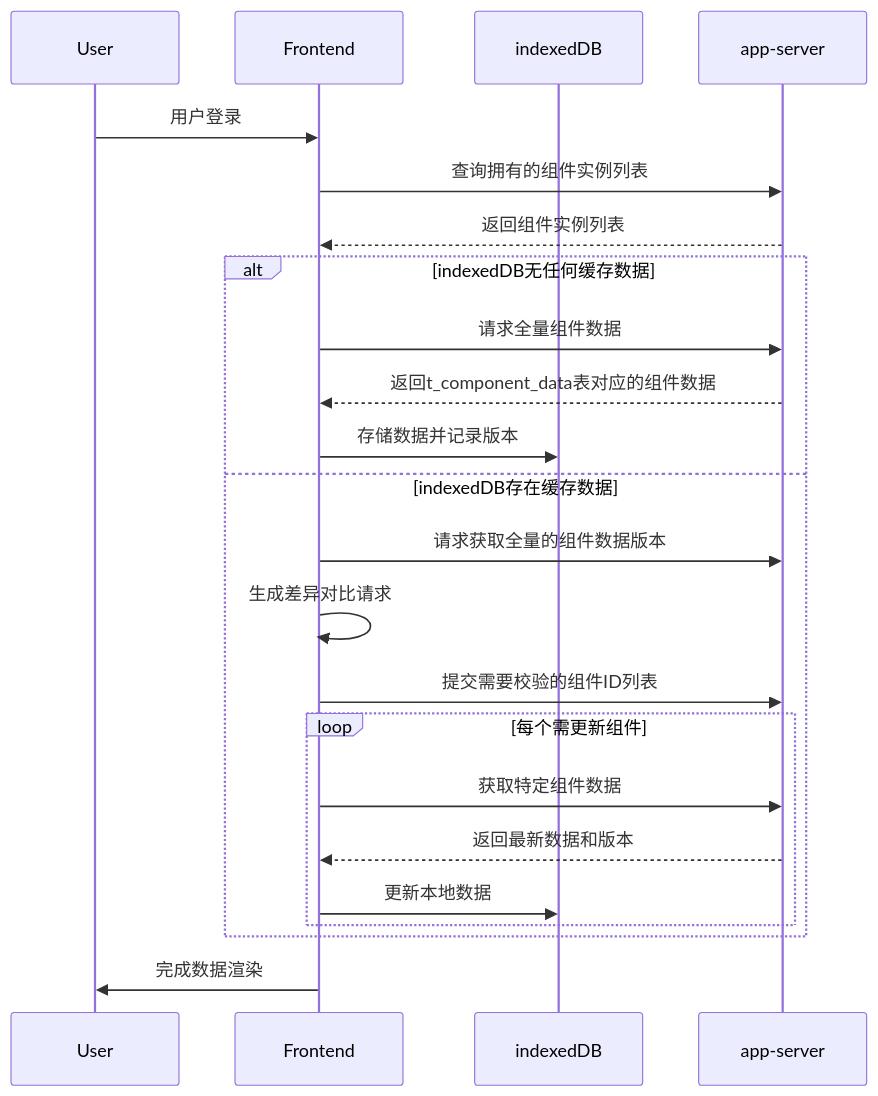
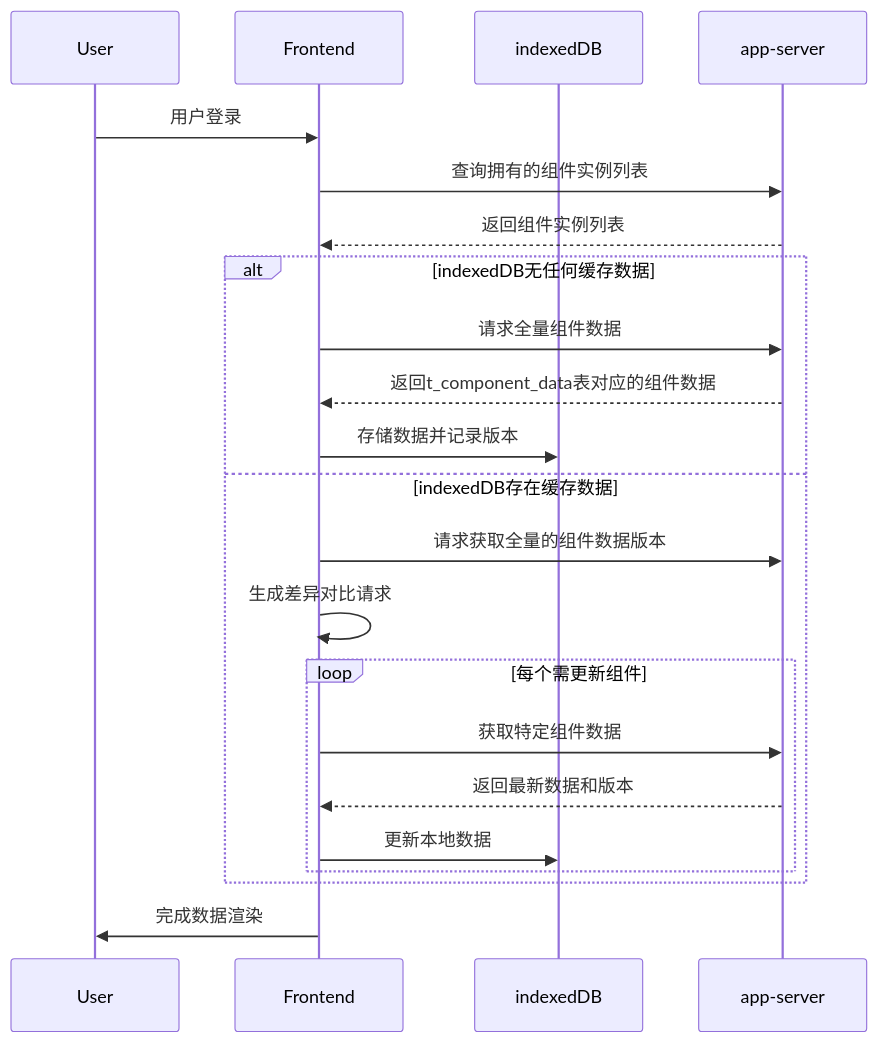
One commit to yingjianzh/iodraw-files changed the diagram in all/未命名-24.md. Above: the diagram before and after it, drawn with Mermaid.

Commit message:
2025-02-24 17:12:22 update

````diff
--- a/all/未命名-24.md
+++ b/all/未命名-24.md
@@ -1,27 +1,26 @@
 ```mermaid
 sequenceDiagram
     participant User
     participant Frontend
     participant indexedDB
     participant app-server
 
     User->>Frontend: 用户登录
     Frontend->>app-server: 查询拥有的组件实例列表
     app-server-->>Frontend: 返回组件实例列表
     
     alt indexedDB无任何缓存数据
         Frontend->>app-server: 请求全量组件数据
         app-server-->>Frontend: 返回t_component_data表对应的组件数据
         Frontend->>indexedDB: 存储数据并记录版本
     else indexedDB存在缓存数据
         Frontend->>app-server: 请求获取全量的组件数据版本
         Frontend->>Frontend: 生成差异对比请求
-        Frontend->>app-server: 提交需要校验的组件ID列表
         loop 每个需更新组件
             Frontend->>app-server: 获取特定组件数据
             app-server-->>Frontend: 返回最新数据和版本
             Frontend->>indexedDB: 更新本地数据
         end
     end
     Frontend->>User: 完成数据渲染
 ```
````
